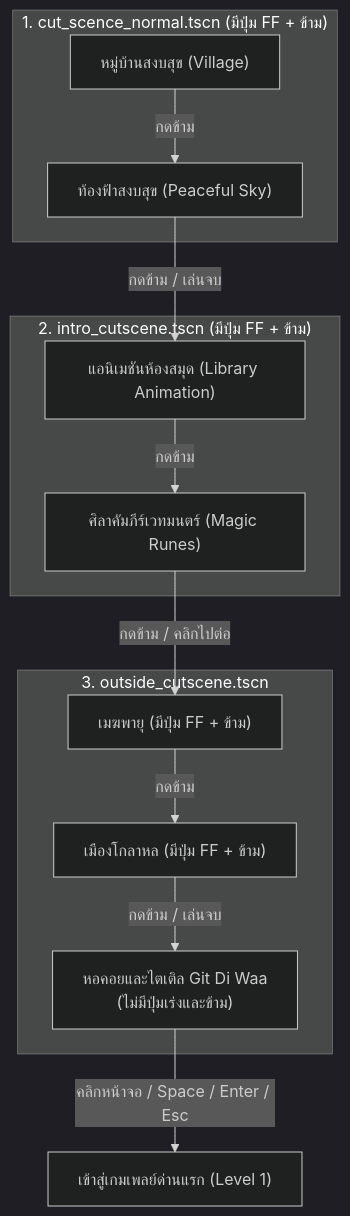
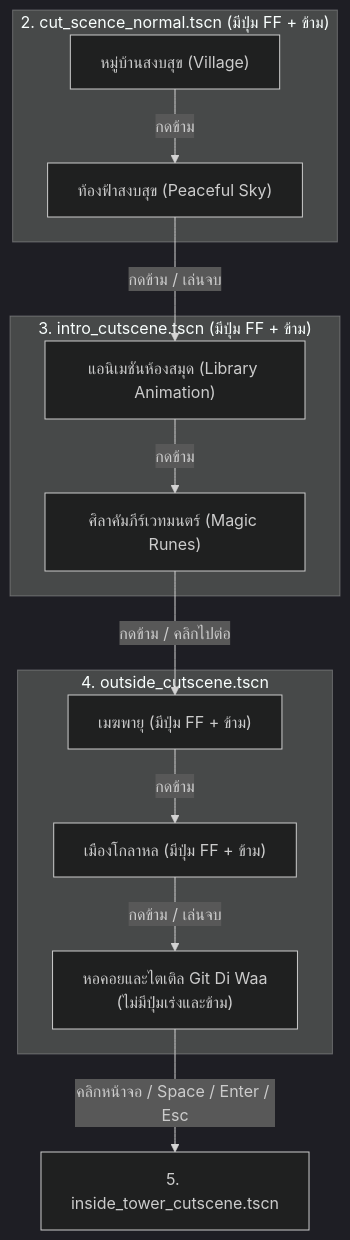
Before and after one commit to PetchAuisui/Demo-Game-Git-Diwaa: the second of 2 diagrams in docs/cutscene-controls.md, drawn with Mermaid (dark theme). The commit also changed other lines of this file, not shown here.

Commit message:
docs(cutscene): add 8-scene flow transition diagram to cutscene controls guide" -m "- เพิ่มแผนภาพ Mermaid Flowchart ลำดับการเปลี่ยนผ่านฉากทั้ง 8 ฉากหลักของเกม Git Di Waa ลงใน docs/cutscene-controls.md ตามโครงสร้าง Scene Flow ล่าสุด

````diff
--- a/docs/cutscene-controls.md
+++ b/docs/cutscene-controls.md
@@ -93,19 +111,19 @@
 ```mermaid
 flowchart TD
-    subgraph S1["1. cut_scence_normal.tscn (มีปุ่ม FF + ข้าม)"]
+    subgraph S1["2. cut_scence_normal.tscn (มีปุ่ม FF + ข้าม)"]
         N1["หมู่บ้านสงบสุข (Village)"] -->|"กดข้าม"| N2["ท้องฟ้าสงบสุข (Peaceful Sky)"]
     end
     
-    subgraph S2["2. intro_cutscene.tscn (มีปุ่ม FF + ข้าม)"]
+    subgraph S2["3. intro_cutscene.tscn (มีปุ่ม FF + ข้าม)"]
         I1["แอนิเมชันห้องสมุด (Library Animation)"] -->|"กดข้าม"| I2["ศิลาคัมภีร์เวทมนตร์ (Magic Runes)"]
     end
     
-    subgraph S3["3. outside_cutscene.tscn"]
+    subgraph S3["4. outside_cutscene.tscn"]
         O1["เมฆพายุ (มีปุ่ม FF + ข้าม)"] -->|"กดข้าม"| O2["เมืองโกลาหล (มีปุ่ม FF + ข้าม)"]
         O2 -->|"กดข้าม / เล่นจบ"| O3["หอคอยและไตเติล Git Di Waa\n(ไม่มีปุ่มเร่งและข้าม)"]
     end
     
     N2 -->|"กดข้าม / เล่นจบ"| I1
     I2 -->|"กดข้าม / คลิกไปต่อ"| O1
-    O3 -->|"คลิกหน้าจอ / Space / Enter / Esc"| Game["เข้าสู่เกมเพลย์ด่านแรก (Level 1)"]
+    O3 -->|"คลิกหน้าจอ / Space / Enter / Esc"| Inside["5. inside_tower_cutscene.tscn"]
 ```
````
